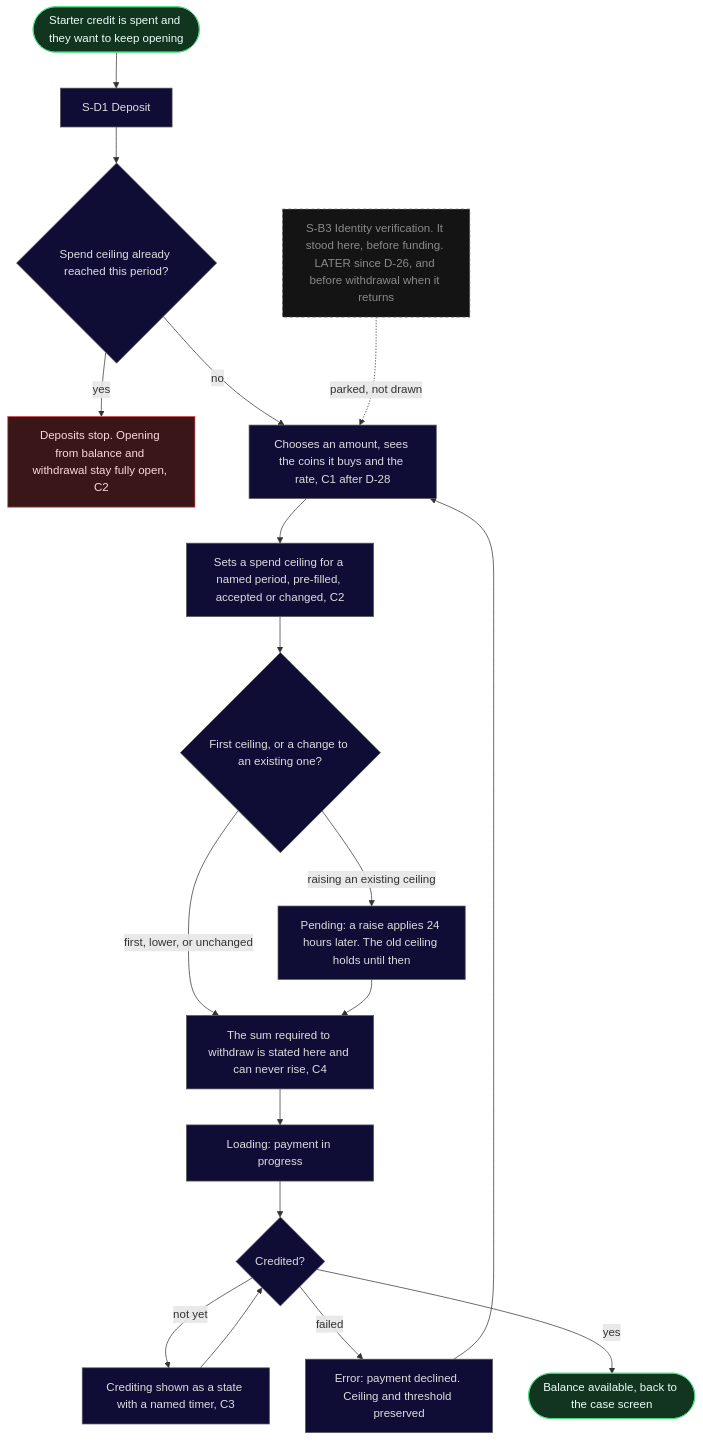
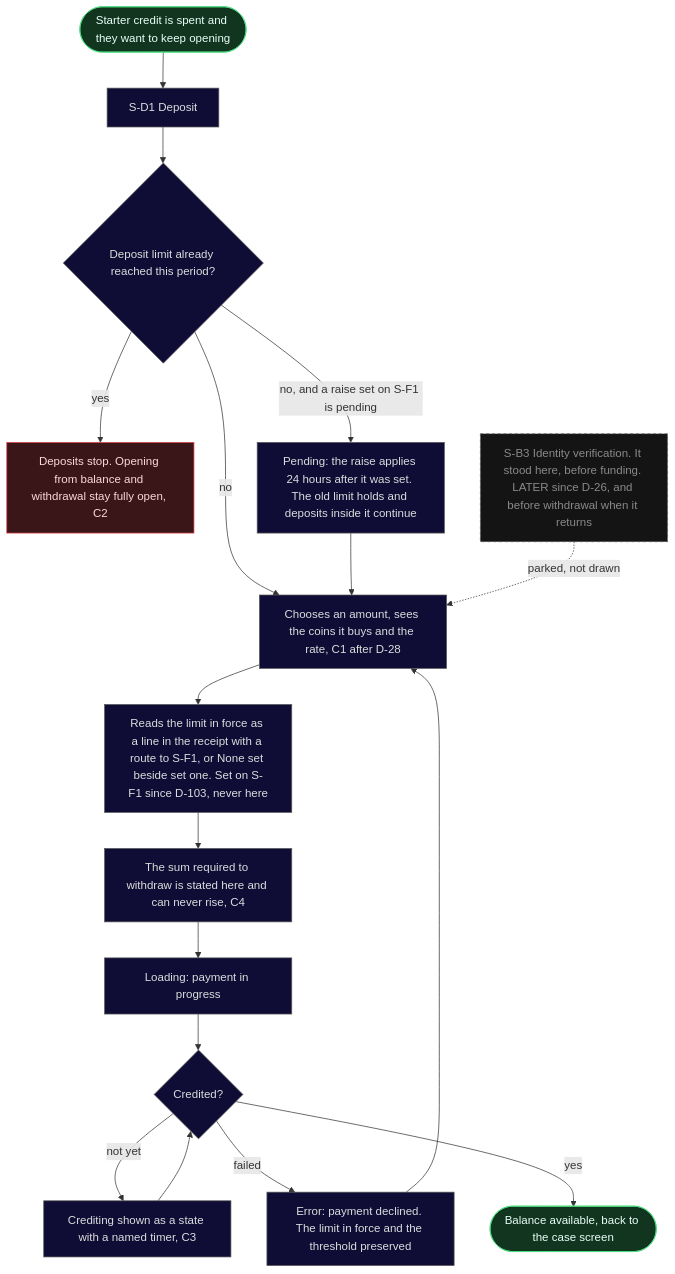
The third of 7 diagrams in ia/docs/flows.md (sergiodesign4u-dot/cs2-clutch), drawn with Mermaid before and after one commit. The commit also changed other lines of this file and 14 other files, not shown here.

Commit message:
D-147: round 15 step 7, the map, the flows, the registry and the status catch up; baseline rows for 0.11 and 0.13

````diff
--- a/ia/docs/flows.md
+++ b/ia/docs/flows.md
@@ -120,30 +131,29 @@
 ```mermaid
 flowchart TD
     D0(["Starter credit is spent and they want to keep opening"]) --> Dep["S-D1 Deposit"]
-    Dep --> Hit{"Spend ceiling already reached this period?"}
+    Dep --> Hit{"Deposit limit already reached this period?"}
     Hit -->|yes| Stop["Deposits stop. Opening from balance and withdrawal stay fully open, C2"]
+    Hit -->|"no, and a raise set on S-F1 is pending"| Pending24["Pending: the raise applies 24 hours after it was set. The old limit holds and deposits inside it continue"]
     Hit -->|no| Amount["Chooses an amount, sees the coins it buys and the rate, C1 after D-28"]
+    Pending24 --> Amount
     Ident["S-B3 Identity verification. It stood here, before funding. LATER since D-26, and before withdrawal when it returns"]
     Ident -.->|"parked, not drawn"| Amount
-    Amount --> Ceiling["Sets a spend ceiling for a named period, pre-filled, accepted or changed, C2"]
-    Ceiling --> Dir{"First ceiling, or a change to an existing one?"}
-    Dir -->|"first, lower, or unchanged"| Threshold["The sum required to withdraw is stated here and can never rise, C4"]
-    Dir -->|"raising an existing ceiling"| Pending24["Pending: a raise applies 24 hours later. The old ceiling holds until then"]
-    Pending24 --> Threshold
+    Amount --> Limit["Reads the limit in force as a line in the receipt with a route to S-F1, or None set beside set one. Set on S-F1 since D-103, never here"]
+    Limit --> Threshold["The sum required to withdraw is stated here and can never rise, C4"]
     Threshold --> Pay["Loading: payment in progress"]
     Pay --> Credited{"Credited?"}
     Credited -->|"not yet"| Pending["Crediting shown as a state with a named timer, C3"]
     Pending --> Credited
-    Credited -->|failed| PayErr["Error: payment declined. Ceiling and threshold preserved"]
+    Credited -->|failed| PayErr["Error: payment declined. The limit in force and the threshold preserved"]
     PayErr --> Amount
     Credited -->|yes| Bal(["Balance available, back to the case screen"])
 
     classDef success fill:#12351f,stroke:#4ade80,color:#eafff9;
     classDef dead fill:#3a1618,stroke:#e5484d,color:#ffd7d7;
     classDef neutral fill:#0f0c35,stroke:#5a5a5a,color:#dddddd;
     classDef parked fill:#141414,stroke:#5a5a5a,color:#8a8a8a,stroke-dasharray:4 4;
     class D0,Bal success;
     class Stop dead;
     class Ident parked;
-    class Dep,Hit,Amount,Ceiling,Dir,Pending24,Threshold,Pay,Credited,Pending,PayErr neutral;
+    class Dep,Hit,Pending24,Amount,Limit,Threshold,Pay,Credited,Pending,PayErr neutral;
 ```
````
